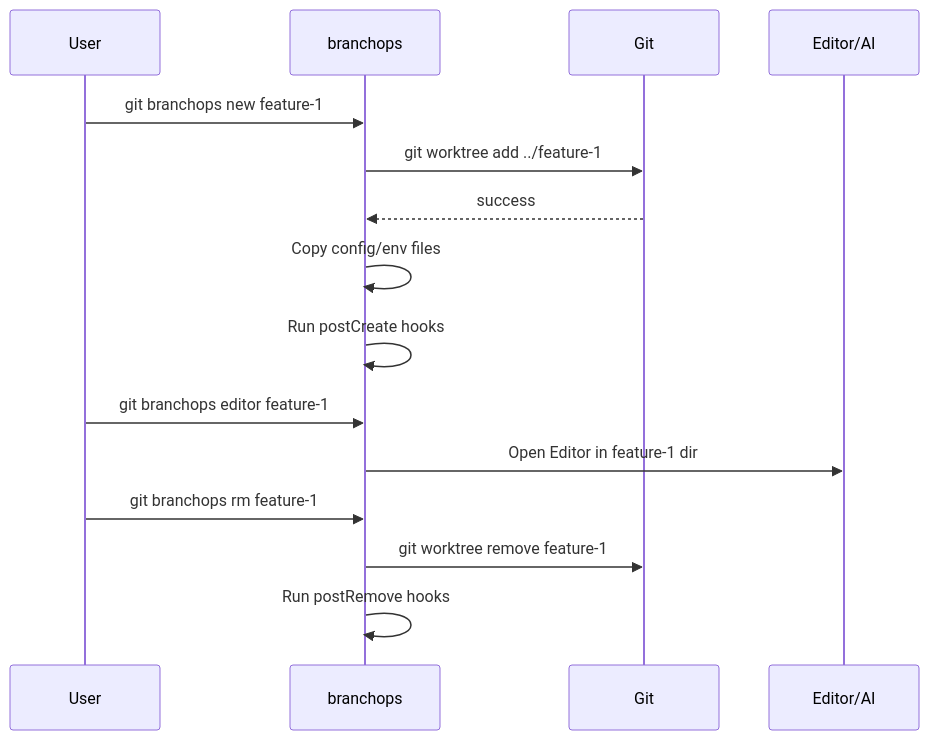
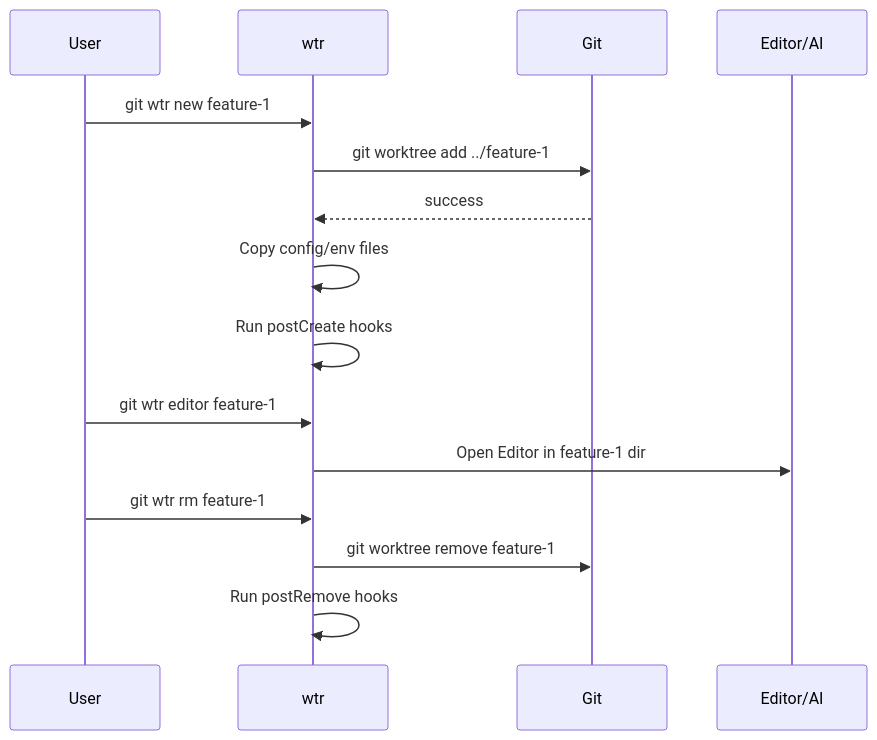
Before and after one commit to FortiShield/wtr: the second of 2 diagrams in README.md, drawn with Mermaid. The commit also changed other lines of this file and 66 other files, not shown here.

Commit message:
Production release: v2.0.0 with modular architecture and MCP server

````diff
--- a/README.md
+++ b/README.md
@@ -209,18 +209,18 @@
 ```mermaid
 sequenceDiagram
     participant U as User
-    participant B as branchops
+    participant B as wtr
     participant G as Git
     participant E as Editor/AI
 
-    U->>B: git branchops new feature-1
+    U->>B: git wtr new feature-1
     B->>G: git worktree add ../feature-1
     G-->>B: success
     B->>B: Copy config/env files
     B->>B: Run postCreate hooks
-    U->>B: git branchops editor feature-1
+    U->>B: git wtr editor feature-1
     B->>E: Open Editor in feature-1 dir
-    U->>B: git branchops rm feature-1
+    U->>B: git wtr rm feature-1
     B->>G: git worktree remove feature-1
     B->>B: Run postRemove hooks
 ```
````
